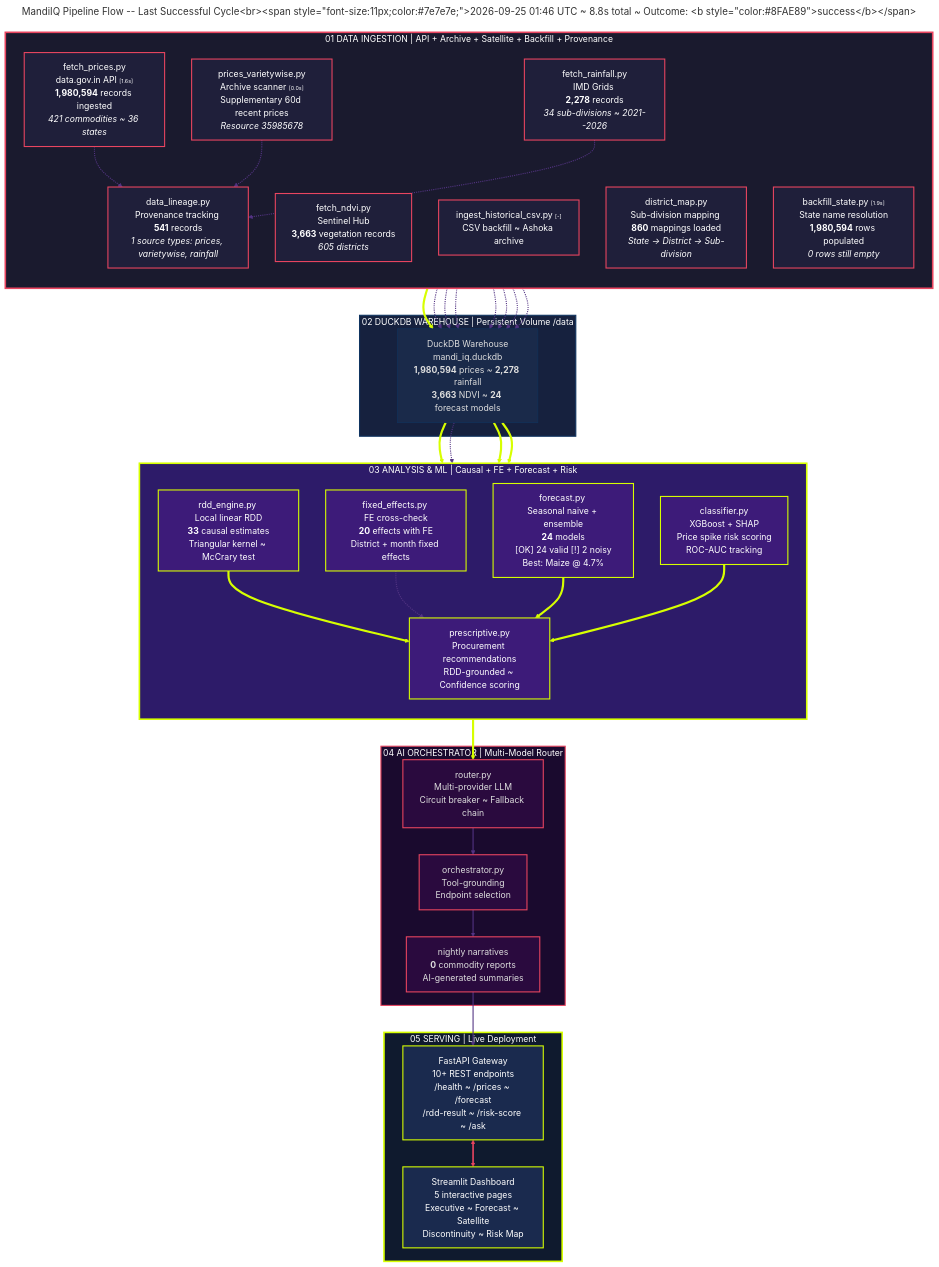
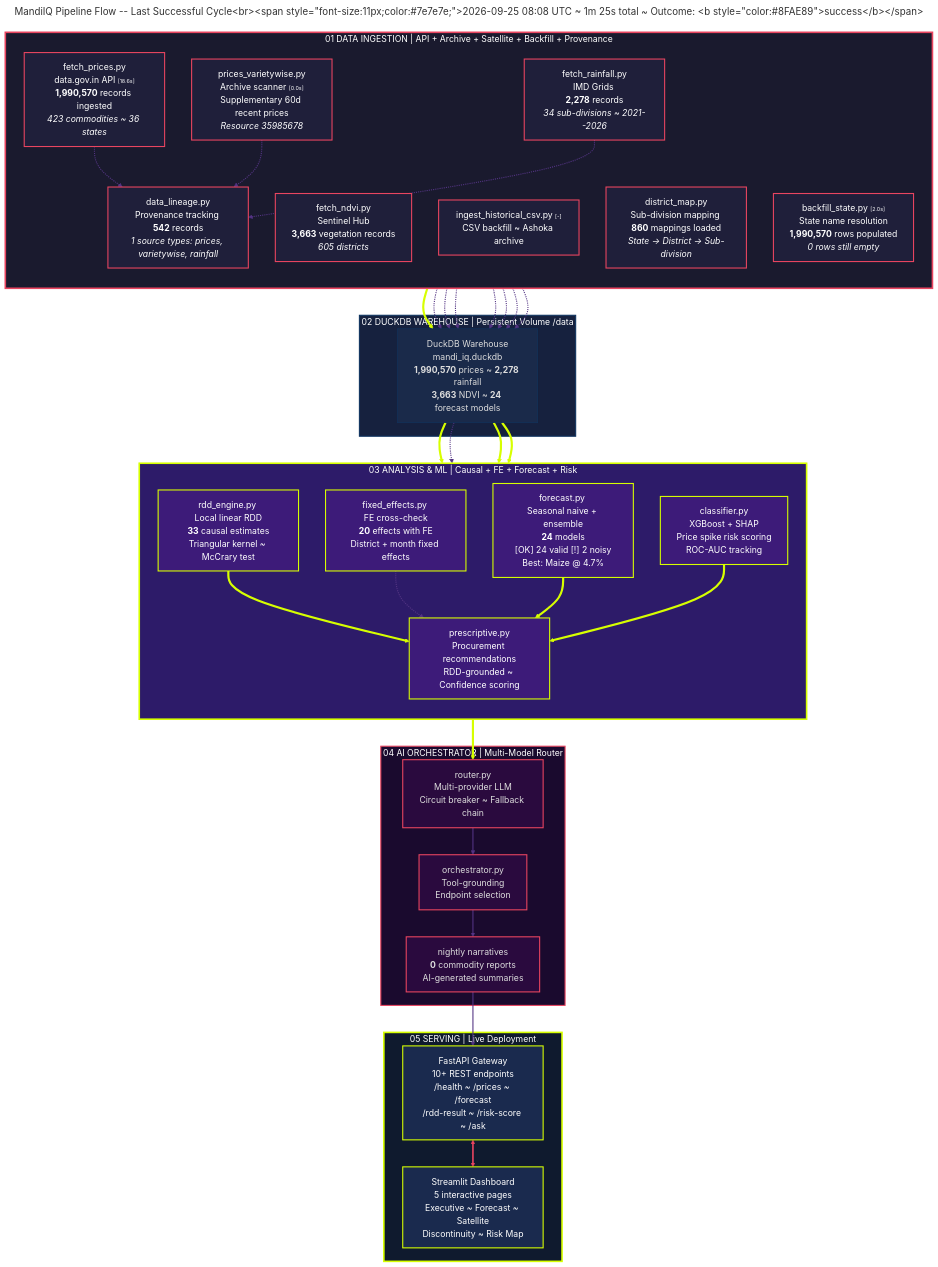
Before and after one commit to flawsom/test-mandi: the diagram in diagrams/pipeline-flow-live.mmd, drawn with Mermaid. The commit also changed 6 other files, not shown here.

```diff
--- a/diagrams/pipeline-flow-live.mmd
+++ b/diagrams/pipeline-flow-live.mmd
@@ -1,139 +1,139 @@
 ---
-title: "MandiIQ Pipeline Flow -- Last Successful Cycle<br/><span style='font-size:11px;color:#7e7e7e;'>2026-09-25 01:46 UTC ~ 8.8s total ~ Outcome: <b style='color:#8FAE89'>success</b></span>"
+title: "MandiIQ Pipeline Flow -- Last Successful Cycle<br/><span style='font-size:11px;color:#7e7e7e;'>2026-09-25 08:08 UTC ~ 1m 25s total ~ Outcome: <b style='color:#8FAE89'>success</b></span>"
 ---
 %%{init: {
   "theme": "dark",
   "themeVariables": {
     "primaryColor": "#1a1a2e",
     "primaryTextColor": "#ffffff",
     "primaryBorderColor": "#d7ff00",
     "lineColor": "#d7ff00",
     "secondaryColor": "#16213e",
     "tertiaryColor": "#0f3460",
     "mainBkg": "#0d0d1a",
     "nodeBorder": "#533483",
     "clusterBkg": "#0a0a12",
     "clusterBorder": "#2a2a4a",
     "titleColor": "#d7ff00",
     "edgeLabelBackground": "#0d0d1a",
     "nodeTextColor": "#ffffff",
     "fontFamily": "\"Space Grotesk\", \"Inter\", sans-serif"
   },
   "flowchart": {
     "useMaxWidth": true,
     "htmlLabels": true,
     "curve": "basis",
     "padding": 20
   }
 }%%
 flowchart TD
     %% Stage 1: DATA INGESTION
     subgraph S1["01 DATA INGESTION  | API + Archive + Satellite + Backfill + Provenance"]
         direction TB
-        A1["fetch_prices.py<br/>data.gov.in API <span style='color:#7e7e7e;font-size:10px;'>[1.6s]</span><br/><b>1,980,594</b> records ingested<br/><i>421 commodities ~ 36 states</i>"]
+        A1["fetch_prices.py<br/>data.gov.in API <span style='color:#7e7e7e;font-size:10px;'>[18.6s]</span><br/><b>1,990,570</b> records ingested<br/><i>423 commodities ~ 36 states</i>"]
         A2["prices_varietywise.py<br/>Archive scanner <span style='color:#7e7e7e;font-size:10px;'>[0.0s]</span><br/>Supplementary 60d recent prices<br/><i>Resource 35985678</i>"]
         A3["fetch_rainfall.py<br/>IMD Grids <br/><b>2,278</b> records<br/><i>34 sub-divisions ~ 2021--2026</i>"]
         A4["fetch_ndvi.py<br/>Sentinel Hub <br/><b>3,663</b> vegetation records<br/><i>605 districts</i>"]
         A5["ingest_historical_csv.py <span style='color:#7e7e7e;font-size:10px;'>[-]</span><br/>CSV backfill ~ Ashoka archive"]
         A6["district_map.py<br/>Sub-division mapping <br/><b>860</b> mappings loaded<br/><i>State -> District -> Sub-division</i>"]
-        A7["backfill_state.py <span style='color:#7e7e7e;font-size:10px;'>[1.9s]</span><br/>State name resolution<br/><b>1,980,594</b> rows populated<br/><i>0 rows still empty</i>"]
-        A8["data_lineage.py<br/>Provenance tracking <br/><b>541</b> records<br/><i>1 source types: prices, varietywise, rainfall</i>"]
+        A7["backfill_state.py <span style='color:#7e7e7e;font-size:10px;'>[2.0s]</span><br/>State name resolution<br/><b>1,990,570</b> rows populated<br/><i>0 rows still empty</i>"]
+        A8["data_lineage.py<br/>Provenance tracking <br/><b>542</b> records<br/><i>1 source types: prices, varietywise, rainfall</i>"]
     end
 
     %% Stage 2: DUCKDB WAREHOUSE
     subgraph S2["02 DUCKDB WAREHOUSE  | Persistent Volume /data"]
-        B1["DuckDB Warehouse<br/>mandi_iq.duckdb<br/><b>1,980,594</b> prices ~ <b>2,278</b> rainfall<br/><b>3,663</b> NDVI ~ <b>24</b> forecast models"]
+        B1["DuckDB Warehouse<br/>mandi_iq.duckdb<br/><b>1,990,570</b> prices ~ <b>2,278</b> rainfall<br/><b>3,663</b> NDVI ~ <b>24</b> forecast models"]
     end
 
     %% Stage 3: ANALYSIS & ML
     subgraph S3["03 ANALYSIS & ML  | Causal + FE + Forecast + Risk"]
         direction TB
         C1["rdd_engine.py <br/>Local linear RDD<br/><b>33</b> causal estimates<br/>Triangular kernel ~ McCrary test"]
         C2["fixed_effects.py <br/>FE cross-check<br/><b>20</b> effects with FE<br/>District + month fixed effects"]
         C3["forecast.py <br/>Seasonal naive + ensemble<br/><b>24</b> models<br/><span style='color:#8FAE89'>[OK] 24 valid</span> <span style='color:#D9663B'>[!] 2 noisy</span><br/>Best: Maize @ 4.7%"]
         C4["classifier.py <br/>XGBoost + SHAP<br/>Price spike risk scoring<br/>ROC-AUC tracking"]
         C5["prescriptive.py<br/>Procurement recommendations<br/>RDD-grounded ~ Confidence scoring"]
     end
 
     %% Stage 4: AI ORCHESTRATOR
     subgraph S4["04 AI ORCHESTRATOR  | Multi-Model Router"]
         D1["router.py<br/>Multi-provider LLM<br/>Circuit breaker ~ Fallback chain"]
         D2["orchestrator.py<br/>Tool-grounding<br/>Endpoint selection"]
         D3["nightly narratives<br/><b>0</b> commodity reports<br/>AI-generated summaries"]
     end
 
     %% Stage 5: SERVING
     subgraph S5["05 SERVING  | Live Deployment"]
         E1["FastAPI Gateway<br/>10+ REST endpoints<br/>/health ~ /prices ~ /forecast<br/>/rdd-result ~ /risk-score ~ /ask"]
         E2["Streamlit Dashboard<br/>5 interactive pages<br/>Executive ~ Forecast ~ Satellite<br/>Discontinuity ~ Risk Map"]
     end
 
     %% Main flow: ingestion -> warehouse
     A1 ==> B1
     A2 -.-> B1
     A3 -.-> B1
     A4 -.-> B1
     A5 -.-> B1
     A6 -.-> B1
     A7 -.-> B1
 
     %% Main flow: ingestion -> provenance tracking
     A1 -.-> A8
     A2 -.-> A8
     A3 -.-> A8
     A8 -.-> B1
 
     %% Main flow: warehouse -> analysis
     B1 ==> C1
     B1 -.-> C2
     B1 ==> C3
     B1 ==> C4
 
     %% Main flow: analysis -> prescriptive -> AI
     C1 ==> C5
     C2 -.-> C5
     C3 ==> C5
     C4 ==> C5
 
     C5 ==> D1
     D1 ==> D2
     D2 ==> D3
     D3 ==> E1
 
     E1 <==> E2
 
     %% Edge styling: thick = primary path
     linkStyle 0,11,13,14,15,17,18,19 stroke-width:4px,stroke:#d7ff00,fill:none
     linkStyle 1,2,3,4,5,6,7,8,9,10,12,16,20,21,22 stroke-width:2px,stroke:#533483,fill:none
     linkStyle 23 stroke-width:3px,stroke:#e94560,fill:none
 
     %% Stage classes
     classDef stage1 fill:#1a1a2e,stroke:#e94560,stroke-width:3px,color:#fff
     classDef stage1Node fill:#1f1f3a,stroke:#e94560,stroke-width:2px,color:#fff
 
     classDef stage2 fill:#16213e,stroke:#0f3460,stroke-width:2px,color:#fff
     classDef stage2Node fill:#1a2a4a,stroke:#0f3460,stroke-width:1px,color:#ddd
 
     classDef stage3 fill:#2d1b69,stroke:#d7ff00,stroke-width:3px,color:#fff
     classDef stage3Node fill:#3d1b79,stroke:#d7ff00,stroke-width:2px,color:#fff
 
     classDef stage4 fill:#1a0a2e,stroke:#e94560,stroke-width:2px,color:#fff
     classDef stage4Node fill:#2a0a3e,stroke:#e94560,stroke-width:2px,color:#ddd
 
     classDef stage5 fill:#0f1a2e,stroke:#d7ff00,stroke-width:3px,color:#fff
     classDef stage5Node fill:#1a2a4e,stroke:#d7ff00,stroke-width:2px,color:#fff
 
     class S1 stage1
     class A1,A2,A3,A4,A5,A6,A7,A8 stage1Node
 
     class S2 stage2
     class B1 stage2Node
 
     class S3 stage3
     class C1,C2,C3,C4,C5 stage3Node
 
     class S4 stage4
     class D1,D2,D3 stage4Node
 
     class S5 stage5
     class E1,E2 stage5Node
```
